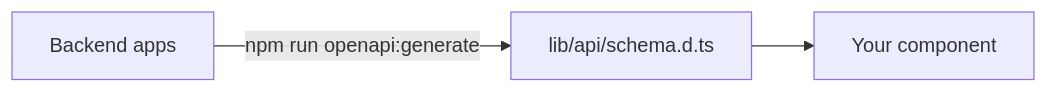
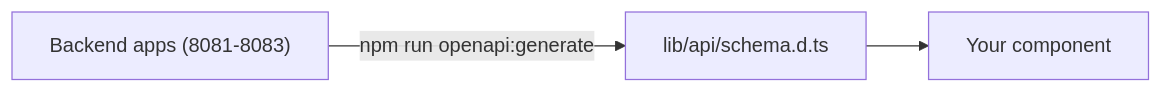
One commit to moomaideng/eventory changed the diagram in frontend/README.md. Above: the diagram before and after it, drawn with Mermaid. The commit also changed other lines of this file and 4 other files, not shown here.

````diff
--- a/frontend/README.md
+++ b/frontend/README.md
@@ -62,5 +66,5 @@
 ```mermaid
 flowchart LR
-    BE["Backend apps"] -->|"npm run openapi:generate"| S["lib/api/schema.d.ts"]
+    BE["Backend apps (8081-8083)"] -->|"npm run openapi:generate"| S["lib/api/schema.d.ts"]
     S --> C["Your component"]
 ```
````
